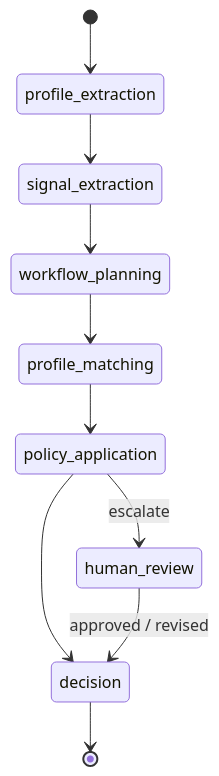
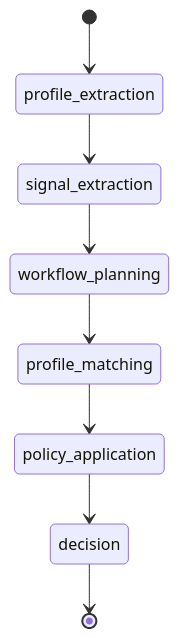
One commit to skaut-careers/platform changed the first of 2 diagrams in docs/ARCHITECTURE.md. Above: the diagram before and after it, drawn with Mermaid. The commit also changed other lines of this file and 18 other files, not shown here.

Commit message:
removed human review stage at this point it is a dead code and was not being used

````diff
--- a/docs/ARCHITECTURE.md
+++ b/docs/ARCHITECTURE.md
@@ -9,12 +9,10 @@
 ```mermaid
 stateDiagram-v2
     [*] --> profile_extraction
     profile_extraction --> signal_extraction
     signal_extraction --> workflow_planning
     workflow_planning --> profile_matching
     profile_matching --> policy_application
-    policy_application --> human_review : escalate
     policy_application --> decision
-    human_review --> decision : approved / revised
     decision --> [*]
 ```
````
